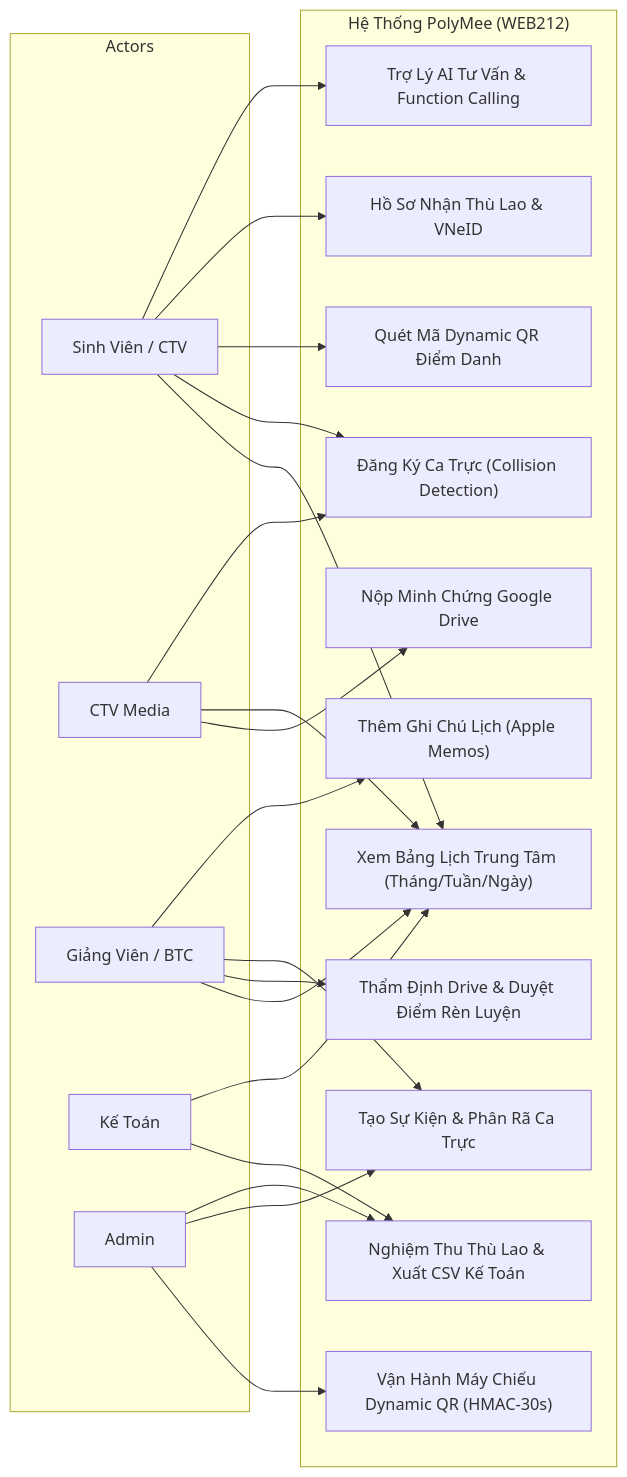
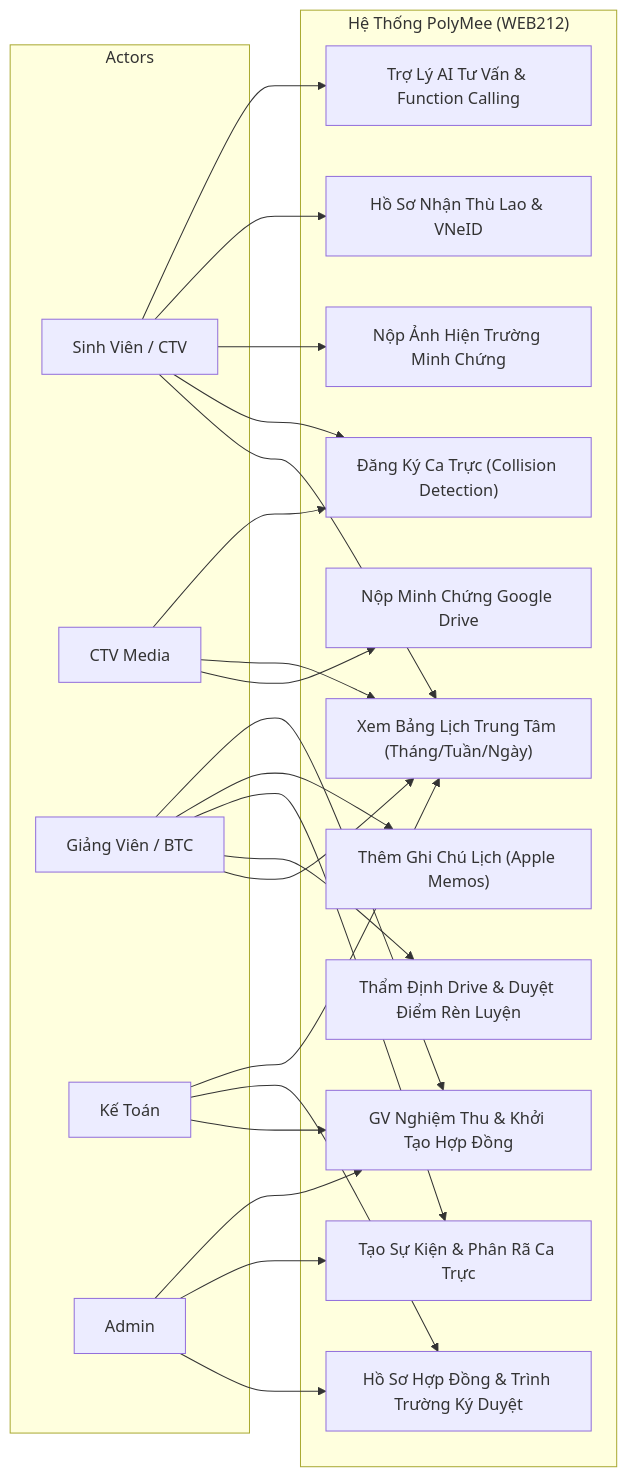
The second of 3 diagrams in README.md (dddinhanh/polymee), drawn with Mermaid before and after one commit. The commit also changed 6 other files, not shown here.

````diff
--- a/README.md
+++ b/README.md
@@ -99,46 +99,48 @@
 ```mermaid
 flowchart LR
     subgraph Actors
         ST["Sinh Viên / CTV"]
         MED["CTV Media"]
         ORG["Giảng Viên / BTC"]
         ACC["Kế Toán"]
         ADM["Admin"]
     end
 
     subgraph "Hệ Thống PolyMee (WEB212)"
         UC1["Xem Bảng Lịch Trung Tâm (Tháng/Tuần/Ngày)"]
         UC2["Đăng Ký Ca Trực (Collision Detection)"]
-        UC3["Quét Mã Dynamic QR Điểm Danh"]
+        UC3["Nộp Ảnh Hiện Trường Minh Chứng"]
         UC4["Hồ Sơ Nhận Thù Lao & VNeID"]
         UC5["Nộp Minh Chứng Google Drive"]
         UC6["Thẩm Định Drive & Duyệt Điểm Rèn Luyện"]
         UC7["Tạo Sự Kiện & Phân Rã Ca Trực"]
         UC8["Thêm Ghi Chú Lịch (Apple Memos)"]
-        UC9["Nghiệm Thu Thù Lao & Xuất CSV Kế Toán"]
+        UC9["GV Nghiệm Thu & Khởi Tạo Hợp Đồng"]
         UC10["Trợ Lý AI Tư Vấn & Function Calling"]
-        UC11["Vận Hành Máy Chiếu Dynamic QR (HMAC-30s)"]
+        UC11["Hồ Sơ Hợp Đồng & Trình Trường Ký Duyệt"]
     end
 
     ST --> UC1
     ST --> UC2
     ST --> UC3
     ST --> UC4
     ST --> UC10
 
     MED --> UC5
     MED --> UC1
     MED --> UC2
 
     ORG --> UC1
     ORG --> UC6
     ORG --> UC7
     ORG --> UC8
+    ORG --> UC9
 
     ACC --> UC9
+    ACC --> UC11
     ACC --> UC1
 
     ADM --> UC11
     ADM --> UC7
     ADM --> UC9
 ```
````
